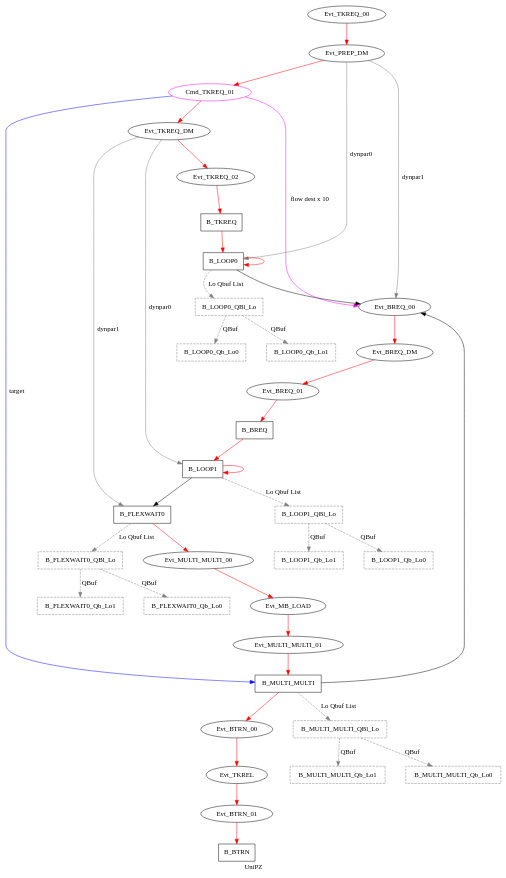
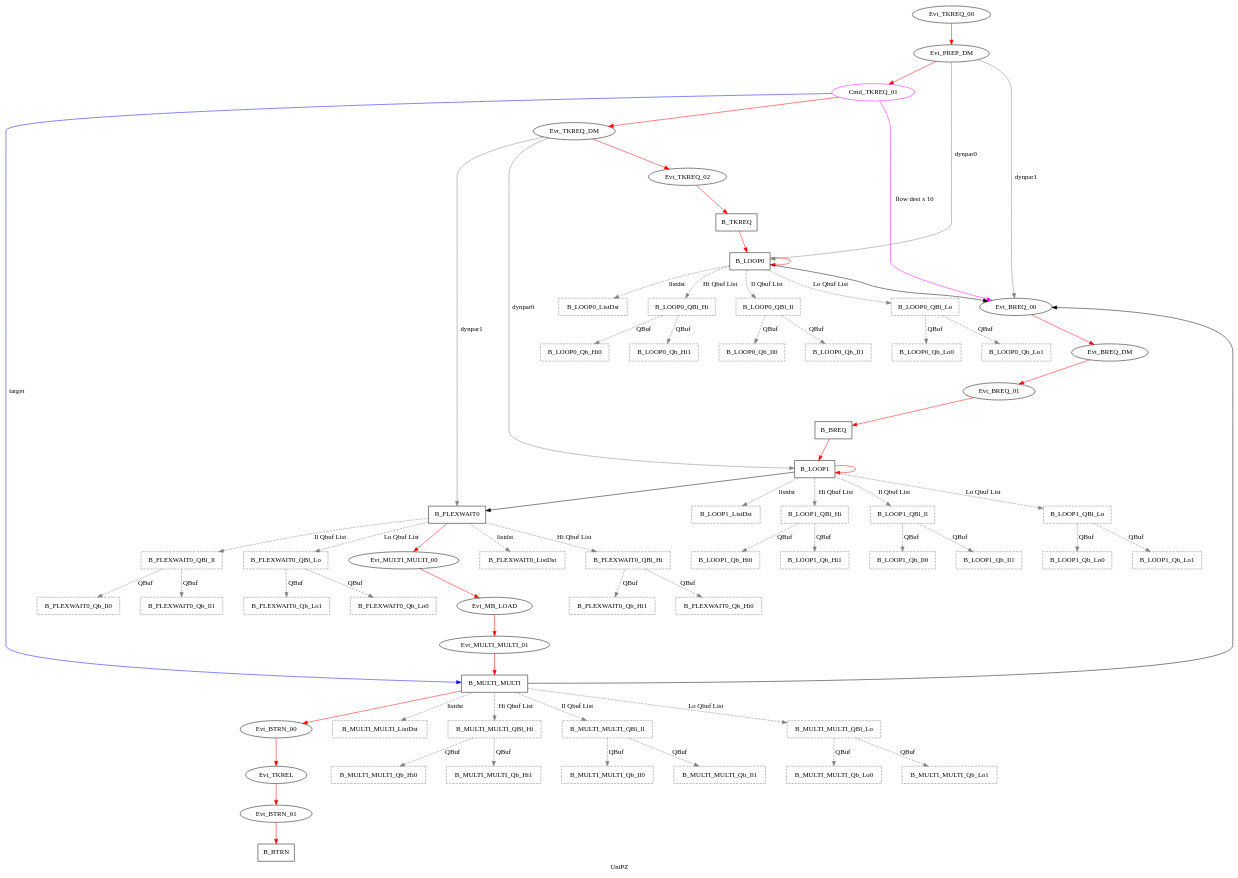
One commit to GSI-CS-CO/bel_projects changed the diagram in modules/ftm/ftmx86/unipz.dot. Above: the diagram before and after it, drawn with Graphviz. The commit also changed 8 other files, not shown here.

Commit message:
tool: proper def values and enforcing mandatory properties in .dot, fw: succ tested flow cmd and block align

```diff
--- a/modules/ftm/ftmx86/unipz.dot
+++ b/modules/ftm/ftmx86/unipz.dot
@@ -3,27 +3,27 @@
 node [type="TMsg", shape="rectangle",  style="filled", fillcolor="white", color="black"]
 edge [type="defdst", color="red"]
 
-Evt_TKREQ_00        [type="TMsg", t_offs=0, flags=2, id=40, par=818181, tef=0, res=0, shape="oval"];
-Evt_PREP_DM         [type="TMsg", t_offs=0, flags=2, id=40, par=818181, tef=0, res=0, shape="oval"];
-Cmd_TKREQ_01        [shape="oval", t_offs=300, flags=3, type="Flow", color="magenta", t_valid=15300, qty=10];
-Evt_TKREQ_DM        [type="TMsg", t_offs=0, flags=2, id=40, par=818181, tef=0, res=0, shape="oval"];
-Evt_TKREQ_02        [type="TMsg", t_offs=0, flags=2, id=40, par=818181, tef=0, res=0, shape="oval"];
-B_TKREQ             [type="Block", t_Period=200000000];
-B_LOOP0             [type="Block", t_Period=200000000];
-Evt_BREQ_00         [type="TMsg", t_offs=0, flags=2, id=40, par=818181, tef=0, res=0, shape="oval"];
-Evt_BREQ_DM         [type="TMsg", t_offs=0, flags=2, id=40, par=818181, tef=0, res=0, shape="oval"];
-Evt_BREQ_01         [type="TMsg", t_offs=0, flags=2, id=40, par=818181, tef=0, res=0, shape="oval"];
-B_BREQ              [type="Block", t_Period=200000000];
-B_LOOP1             [type="Block", t_Period=10000000];
-B_FLEXWAIT0         [type="Block",  t_Period=10000000];
-Evt_MULTI_MULTI_00  [type="TMsg", t_offs=0, flags=0, id=40, par=818181, tef=0, res=0, shape="oval"];
-Evt_MB_LOAD         [type="TMsg", t_offs=500, flags=0, id=40, par=818181, tef=0, res=0, shape="oval"];
-Evt_MULTI_MULTI_01  [type="TMsg", t_offs=500, flags=0, id=40, par=818181, tef=0, res=0, shape="oval"];
-B_MULTI_MULTI       [type="Block",  t_Period=10000000];
-Evt_BTRN_00         [type="TMsg", t_offs=500, flags=0, id=40, par=818181, tef=0, res=0, shape="oval"];
-Evt_TKREL           [type="TMsg", t_offs=1000000, flags=0, id=40, par=818181, tef=0, res=0, shape="oval"];
-Evt_BTRN_01         [type="TMsg", t_offs=500, flags=0, id=40, par=818181, tef=0, res=0, shape="oval"];
-B_BTRN              [type="Block",  t_Period=200000000];
+Evt_TKREQ_00        [type="TMsg", tOffs=0, flags=2, id=40, par=818181, tef=0, res=0, shape="oval"];
+Evt_PREP_DM         [type="TMsg", tOffs=0, flags=2, id=40, par=818181, tef=0, res=0, shape="oval"];
+Cmd_TKREQ_01        [shape="oval", tOffs=300, flags=3, type="Flow", color="magenta", tValid=0, qty=10];
+Evt_TKREQ_DM        [type="TMsg", tOffs=0, flags=2, id=40, par=818181, tef=0, res=0, shape="oval"];
+Evt_TKREQ_02        [type="TMsg", tOffs=0, flags=2, id=40, par=818181, tef=0, res=0, shape="oval"];
+B_TKREQ             [type="Block", tPeriod=200000000];
+B_LOOP0             [type="Block", tPeriod=200000000];
+Evt_BREQ_00         [type="TMsg", tOffs=0, flags=2, id=40, par=818181, tef=0, res=0, shape="oval"];
+Evt_BREQ_DM         [type="TMsg", tOffs=0, flags=2, id=40, par=818181, tef=0, res=0, shape="oval"];
+Evt_BREQ_01         [type="TMsg", tOffs=0, flags=2, id=40, par=818181, tef=0, res=0, shape="oval"];
+B_BREQ              [type="Block", tPeriod=200000000];
+B_LOOP1             [type="Block", tPeriod=10000000];
+B_FLEXWAIT0         [type="Block",  tPeriod=10000000];
+Evt_MULTI_MULTI_00  [type="TMsg", tOffs=0, flags=0, id=40, par=818181, tef=0, res=0, shape="oval"];
+Evt_MB_LOAD         [type="TMsg", tOffs=500, flags=0, id=40, par=818181, tef=0, res=0, shape="oval"];
+Evt_MULTI_MULTI_01  [type="TMsg", tOffs=500, flags=0, id=40, par=818181, tef=0, res=0, shape="oval"];
+B_MULTI_MULTI       [type="Block",  tPeriod=10000000];
+Evt_BTRN_00         [type="TMsg", tOffs=500, flags=0, id=40, par=818181, tef=0, res=0, shape="oval"];
+Evt_TKREL           [type="TMsg", tOffs=1000000, flags=0, id=40, par=818181, tef=0, res=0, shape="oval"];
+Evt_BTRN_01         [type="TMsg", tOffs=500, flags=0, id=40, par=818181, tef=0, res=0, shape="oval"];
+B_BTRN              [type="Block",  tPeriod=200000000];
 
 Evt_TKREQ_00  -> Evt_PREP_DM -> Cmd_TKREQ_01 -> Evt_TKREQ_DM -> Evt_TKREQ_02 -> B_TKREQ -> B_LOOP0 -> B_LOOP0;
 Cmd_TKREQ_01  -> B_MULTI_MULTI [type="target", color="blue", label="target"];
@@ -41,94 +41,94 @@
 B_MULTI_MULTI -> Evt_BREQ_00 [type="altdst", color="black"];
 
 
-//B_LOOP0_ListDst [type="ListDst", color="grey", style=dashed, flags=0];
-//B_LOOP0_QBl_Hi [type="QInfo", color="grey", style=dashed, flags=0];
-//B_LOOP0_QBl_Il [type="QInfo", color="grey", style=dashed, flags=0];
+B_LOOP0_ListDst [type="ListDst", color="grey", style=dashed, flags=0];
+B_LOOP0_QBl_Hi [type="QInfo", color="grey", style=dashed, flags=0];
+B_LOOP0_QBl_Il [type="QInfo", color="grey", style=dashed, flags=0];
 B_LOOP0_QBl_Lo [type="QInfo", color="grey", style=dashed, flags=0];
-//B_LOOP0_Qb_Hi0 [type="QBuf", color="grey", style=dashed, flags=0];
-//B_LOOP0_Qb_Il0 [type="QBuf", color="grey", style=dashed, flags=0];
+B_LOOP0_Qb_Hi0 [type="QBuf", color="grey", style=dashed, flags=0];
+B_LOOP0_Qb_Il0 [type="QBuf", color="grey", style=dashed, flags=0];
 B_LOOP0_Qb_Lo0 [type="QBuf", color="grey", style=dashed, flags=0];
-//B_LOOP0_Qb_Hi1 [type="QBuf", color="grey", style=dashed, flags=0];
-//B_LOOP0_Qb_Il1 [type="QBuf", color="grey", style=dashed, flags=0];
+B_LOOP0_Qb_Hi1 [type="QBuf", color="grey", style=dashed, flags=0];
+B_LOOP0_Qb_Il1 [type="QBuf", color="grey", style=dashed, flags=0];
 B_LOOP0_Qb_Lo1 [type="QBuf", color="grey", style=dashed, flags=0];
 
-//B_LOOP0->B_LOOP0_QBl_Il [type="prioil", color="grey", style=dashed, label="Il Qbuf List"];
-//B_LOOP0->B_LOOP0_QBl_Hi [type="priohi", color="grey", style=dashed, label="Hi Qbuf List"];
+B_LOOP0->B_LOOP0_QBl_Il [type="prioil", color="grey", style=dashed, label="Il Qbuf List"];
+B_LOOP0->B_LOOP0_QBl_Hi [type="priohi", color="grey", style=dashed, label="Hi Qbuf List"];
 B_LOOP0->B_LOOP0_QBl_Lo [type="priolo", color="grey", style=dashed, label="Lo Qbuf List"];
-//B_LOOP0_QBl_Il->B_LOOP0_Qb_Il0 [type="meta", color="grey", style=dashed, label="QBuf"];
-//B_LOOP0_QBl_Hi->B_LOOP0_Qb_Hi0 [type="meta", color="grey", style=dashed, label="QBuf"];
+B_LOOP0_QBl_Il->B_LOOP0_Qb_Il0 [type="meta", color="grey", style=dashed, label="QBuf"];
+B_LOOP0_QBl_Hi->B_LOOP0_Qb_Hi0 [type="meta", color="grey", style=dashed, label="QBuf"];
 B_LOOP0_QBl_Lo->B_LOOP0_Qb_Lo0 [type="meta", color="grey", style=dashed, label="QBuf"];
-//B_LOOP0_QBl_Il->B_LOOP0_Qb_Il1 [type="meta", color="grey", style=dashed, label="QBuf"];
-//B_LOOP0_QBl_Hi->B_LOOP0_Qb_Hi1 [type="meta", color="grey", style=dashed, label="QBuf"];
+B_LOOP0_QBl_Il->B_LOOP0_Qb_Il1 [type="meta", color="grey", style=dashed, label="QBuf"];
+B_LOOP0_QBl_Hi->B_LOOP0_Qb_Hi1 [type="meta", color="grey", style=dashed, label="QBuf"];
 B_LOOP0_QBl_Lo->B_LOOP0_Qb_Lo1 [type="meta", color="grey", style=dashed, label="QBuf"];
-//B_LOOP0->B_LOOP0_ListDst [type="listdst", color="grey", style=dashed, label="listdst"];
+B_LOOP0->B_LOOP0_ListDst [type="listdst", color="grey", style=dashed, label="listdst"];
 
-//B_LOOP1_ListDst [type="ListDst", color="grey", style=dashed, flags=0];
-//B_LOOP1_QBl_Hi [type="QInfo", color="grey", style=dashed, flags=0];
-//B_LOOP1_QBl_Il [type="QInfo", color="grey", style=dashed, flags=0];
+B_LOOP1_ListDst [type="ListDst", color="grey", style=dashed, flags=0];
+B_LOOP1_QBl_Hi [type="QInfo", color="grey", style=dashed, flags=0];
+B_LOOP1_QBl_Il [type="QInfo", color="grey", style=dashed, flags=0];
 B_LOOP1_QBl_Lo [type="QInfo", color="grey", style=dashed, flags=0];
-//B_LOOP1_Qb_Hi0 [type="QBuf", color="grey", style=dashed, flags=0];
-//B_LOOP1_Qb_Il0 [type="QBuf", color="grey", style=dashed, flags=0];
+B_LOOP1_Qb_Hi0 [type="QBuf", color="grey", style=dashed, flags=0];
+B_LOOP1_Qb_Il0 [type="QBuf", color="grey", style=dashed, flags=0];
 B_LOOP1_Qb_Lo0 [type="QBuf", color="grey", style=dashed, flags=0];
-//B_LOOP1_Qb_Hi1 [type="QBuf", color="grey", style=dashed, flags=0];
-//B_LOOP1_Qb_Il1 [type="QBuf", color="grey", style=dashed, flags=0];
+B_LOOP1_Qb_Hi1 [type="QBuf", color="grey", style=dashed, flags=0];
+B_LOOP1_Qb_Il1 [type="QBuf", color="grey", style=dashed, flags=0];
 B_LOOP1_Qb_Lo1 [type="QBuf", color="grey", style=dashed, flags=0];
 
-//B_LOOP1->B_LOOP1_QBl_Il [type="prioil", color="grey", style=dashed, label="Il Qbuf List"];
-//B_LOOP1->B_LOOP1_QBl_Hi [type="priohi", color="grey", style=dashed, label="Hi Qbuf List"];
+B_LOOP1->B_LOOP1_QBl_Il [type="prioil", color="grey", style=dashed, label="Il Qbuf List"];
+B_LOOP1->B_LOOP1_QBl_Hi [type="priohi", color="grey", style=dashed, label="Hi Qbuf List"];
 B_LOOP1->B_LOOP1_QBl_Lo [type="priolo", color="grey", style=dashed, label="Lo Qbuf List"];
-//B_LOOP1_QBl_Il->B_LOOP1_Qb_Il0 [type="meta", color="grey", style=dashed, label="QBuf"];
-//B_LOOP1_QBl_Hi->B_LOOP1_Qb_Hi0 [type="meta", color="grey", style=dashed, label="QBuf"];
+B_LOOP1_QBl_Il->B_LOOP1_Qb_Il0 [type="meta", color="grey", style=dashed, label="QBuf"];
+B_LOOP1_QBl_Hi->B_LOOP1_Qb_Hi0 [type="meta", color="grey", style=dashed, label="QBuf"];
 B_LOOP1_QBl_Lo->B_LOOP1_Qb_Lo0 [type="meta", color="grey", style=dashed, label="QBuf"];
-//B_LOOP1_QBl_Il->B_LOOP1_Qb_Il1 [type="meta", color="grey", style=dashed, label="QBuf"];
-//B_LOOP1_QBl_Hi->B_LOOP1_Qb_Hi1 [type="meta", color="grey", style=dashed, label="QBuf"];
+B_LOOP1_QBl_Il->B_LOOP1_Qb_Il1 [type="meta", color="grey", style=dashed, label="QBuf"];
+B_LOOP1_QBl_Hi->B_LOOP1_Qb_Hi1 [type="meta", color="grey", style=dashed, label="QBuf"];
 B_LOOP1_QBl_Lo->B_LOOP1_Qb_Lo1 [type="meta", color="grey", style=dashed, label="QBuf"];
-//B_LOOP1->B_LOOP1_ListDst [type="listdst", color="grey", style=dashed, label="listdst"];
+B_LOOP1->B_LOOP1_ListDst [type="listdst", color="grey", style=dashed, label="listdst"];
 
-//B_FLEXWAIT0_ListDst [type="ListDst", color="grey", style=dashed, flags=0];
-//B_FLEXWAIT0_QBl_Hi [type="QInfo", color="grey", style=dashed, flags=0];
-//B_FLEXWAIT0_QBl_Il [type="QInfo", color="grey", style=dashed, flags=0];
+B_FLEXWAIT0_ListDst [type="ListDst", color="grey", style=dashed, flags=0];
+B_FLEXWAIT0_QBl_Hi [type="QInfo", color="grey", style=dashed, flags=0];
+B_FLEXWAIT0_QBl_Il [type="QInfo", color="grey", style=dashed, flags=0];
 B_FLEXWAIT0_QBl_Lo [type="QInfo", color="grey", style=dashed, flags=0];
-//B_FLEXWAIT0_Qb_Hi0 [type="QBuf", color="grey", style=dashed, flags=0];
-//B_FLEXWAIT0_Qb_Il0 [type="QBuf", color="grey", style=dashed, flags=0];
+B_FLEXWAIT0_Qb_Hi0 [type="QBuf", color="grey", style=dashed, flags=0];
+B_FLEXWAIT0_Qb_Il0 [type="QBuf", color="grey", style=dashed, flags=0];
 B_FLEXWAIT0_Qb_Lo0 [type="QBuf", color="grey", style=dashed, flags=0];
-//B_FLEXWAIT0_Qb_Hi1 [type="QBuf", color="grey", style=dashed, flags=0];
-//B_FLEXWAIT0_Qb_Il1 [type="QBuf", color="grey", style=dashed, flags=0];
+B_FLEXWAIT0_Qb_Hi1 [type="QBuf", color="grey", style=dashed, flags=0];
+B_FLEXWAIT0_Qb_Il1 [type="QBuf", color="grey", style=dashed, flags=0];
 B_FLEXWAIT0_Qb_Lo1 [type="QBuf", color="grey", style=dashed, flags=0];
 
-//B_FLEXWAIT0->B_FLEXWAIT0_QBl_Il [type="prioil", color="grey", style=dashed, label="Il Qbuf List"];
-//B_FLEXWAIT0->B_FLEXWAIT0_QBl_Hi [type="priohi", color="grey", style=dashed, label="Hi Qbuf List"];
+B_FLEXWAIT0->B_FLEXWAIT0_QBl_Il [type="prioil", color="grey", style=dashed, label="Il Qbuf List"];
+B_FLEXWAIT0->B_FLEXWAIT0_QBl_Hi [type="priohi", color="grey", style=dashed, label="Hi Qbuf List"];
 B_FLEXWAIT0->B_FLEXWAIT0_QBl_Lo [type="priolo", color="grey", style=dashed, label="Lo Qbuf List"];
-//B_FLEXWAIT0_QBl_Il->B_FLEXWAIT0_Qb_Il0 [type="meta", color="grey", style=dashed, label="QBuf"];
-//B_FLEXWAIT0_QBl_Hi->B_FLEXWAIT0_Qb_Hi0 [type="meta", color="grey", style=dashed, label="QBuf"];
+B_FLEXWAIT0_QBl_Il->B_FLEXWAIT0_Qb_Il0 [type="meta", color="grey", style=dashed, label="QBuf"];
+B_FLEXWAIT0_QBl_Hi->B_FLEXWAIT0_Qb_Hi0 [type="meta", color="grey", style=dashed, label="QBuf"];
 B_FLEXWAIT0_QBl_Lo->B_FLEXWAIT0_Qb_Lo0 [type="meta", color="grey", style=dashed, label="QBuf"];
-//B_FLEXWAIT0_QBl_Il->B_FLEXWAIT0_Qb_Il1 [type="meta", color="grey", style=dashed, label="QBuf"];
-//B_FLEXWAIT0_QBl_Hi->B_FLEXWAIT0_Qb_Hi1 [type="meta", color="grey", style=dashed, label="QBuf"];
+B_FLEXWAIT0_QBl_Il->B_FLEXWAIT0_Qb_Il1 [type="meta", color="grey", style=dashed, label="QBuf"];
+B_FLEXWAIT0_QBl_Hi->B_FLEXWAIT0_Qb_Hi1 [type="meta", color="grey", style=dashed, label="QBuf"];
 B_FLEXWAIT0_QBl_Lo->B_FLEXWAIT0_Qb_Lo1 [type="meta", color="grey", style=dashed, label="QBuf"];
-//B_FLEXWAIT0->B_FLEXWAIT0_ListDst [type="listdst", color="grey", style=dashed, label="listdst"];
+B_FLEXWAIT0->B_FLEXWAIT0_ListDst [type="listdst", color="grey", style=dashed, label="listdst"];
 
 
-//B_MULTI_MULTI_ListDst [type="ListDst", color="grey", style=dashed, flags=0];
-//B_MULTI_MULTI_QBl_Hi [type="QInfo", color="grey", style=dashed, flags=0];
-//B_MULTI_MULTI_QBl_Il [type="QInfo", color="grey", style=dashed, flags=0];
+B_MULTI_MULTI_ListDst [type="ListDst", color="grey", style=dashed, flags=0];
+B_MULTI_MULTI_QBl_Hi [type="QInfo", color="grey", style=dashed, flags=0];
+B_MULTI_MULTI_QBl_Il [type="QInfo", color="grey", style=dashed, flags=0];
 B_MULTI_MULTI_QBl_Lo [type="QInfo", color="grey", style=dashed, flags=0];
-//B_MULTI_MULTI_Qb_Hi0 [type="QBuf", color="grey", style=dashed, flags=0];
-//B_MULTI_MULTI_Qb_Il0 [type="QBuf", color="grey", style=dashed, flags=0];
+B_MULTI_MULTI_Qb_Hi0 [type="QBuf", color="grey", style=dashed, flags=0];
+B_MULTI_MULTI_Qb_Il0 [type="QBuf", color="grey", style=dashed, flags=0];
 B_MULTI_MULTI_Qb_Lo0 [type="QBuf", color="grey", style=dashed, flags=0];
-//B_MULTI_MULTI_Qb_Hi1 [type="QBuf", color="grey", style=dashed, flags=0];
-//B_MULTI_MULTI_Qb_Il1 [type="QBuf", color="grey", style=dashed, flags=0];
+B_MULTI_MULTI_Qb_Hi1 [type="QBuf", color="grey", style=dashed, flags=0];
+B_MULTI_MULTI_Qb_Il1 [type="QBuf", color="grey", style=dashed, flags=0];
 B_MULTI_MULTI_Qb_Lo1 [type="QBuf", color="grey", style=dashed, flags=0];
 
-//B_MULTI_MULTI->B_MULTI_MULTI_QBl_Il [type="prioil", color="grey", style=dashed, label="Il Qbuf List"];
-//B_MULTI_MULTI->B_MULTI_MULTI_QBl_Hi [type="priohi", color="grey", style=dashed, label="Hi Qbuf List"];
+B_MULTI_MULTI->B_MULTI_MULTI_QBl_Il [type="prioil", color="grey", style=dashed, label="Il Qbuf List"];
+B_MULTI_MULTI->B_MULTI_MULTI_QBl_Hi [type="priohi", color="grey", style=dashed, label="Hi Qbuf List"];
 B_MULTI_MULTI->B_MULTI_MULTI_QBl_Lo [type="priolo", color="grey", style=dashed, label="Lo Qbuf List"];
-//B_MULTI_MULTI_QBl_Il->B_MULTI_MULTI_Qb_Il0 [type="meta", color="grey", style=dashed, label="QBuf"];
-//B_MULTI_MULTI_QBl_Hi->B_MULTI_MULTI_Qb_Hi0 [type="meta", color="grey", style=dashed, label="QBuf"];
+B_MULTI_MULTI_QBl_Il->B_MULTI_MULTI_Qb_Il0 [type="meta", color="grey", style=dashed, label="QBuf"];
+B_MULTI_MULTI_QBl_Hi->B_MULTI_MULTI_Qb_Hi0 [type="meta", color="grey", style=dashed, label="QBuf"];
 B_MULTI_MULTI_QBl_Lo->B_MULTI_MULTI_Qb_Lo0 [type="meta", color="grey", style=dashed, label="QBuf"];
-//B_MULTI_MULTI_QBl_Il->B_MULTI_MULTI_Qb_Il1 [type="meta", color="grey", style=dashed, label="QBuf"];
-//B_MULTI_MULTI_QBl_Hi->B_MULTI_MULTI_Qb_Hi1 [type="meta", color="grey", style=dashed, label="QBuf"];
+B_MULTI_MULTI_QBl_Il->B_MULTI_MULTI_Qb_Il1 [type="meta", color="grey", style=dashed, label="QBuf"];
+B_MULTI_MULTI_QBl_Hi->B_MULTI_MULTI_Qb_Hi1 [type="meta", color="grey", style=dashed, label="QBuf"];
 B_MULTI_MULTI_QBl_Lo->B_MULTI_MULTI_Qb_Lo1 [type="meta", color="grey", style=dashed, label="QBuf"];
-//B_MULTI_MULTI->B_MULTI_MULTI_ListDst [type="listdst", color="grey", style=dashed, label="listdst"];
+B_MULTI_MULTI->B_MULTI_MULTI_ListDst [type="listdst", color="grey", style=dashed, label="listdst"];
 
 
 
```
